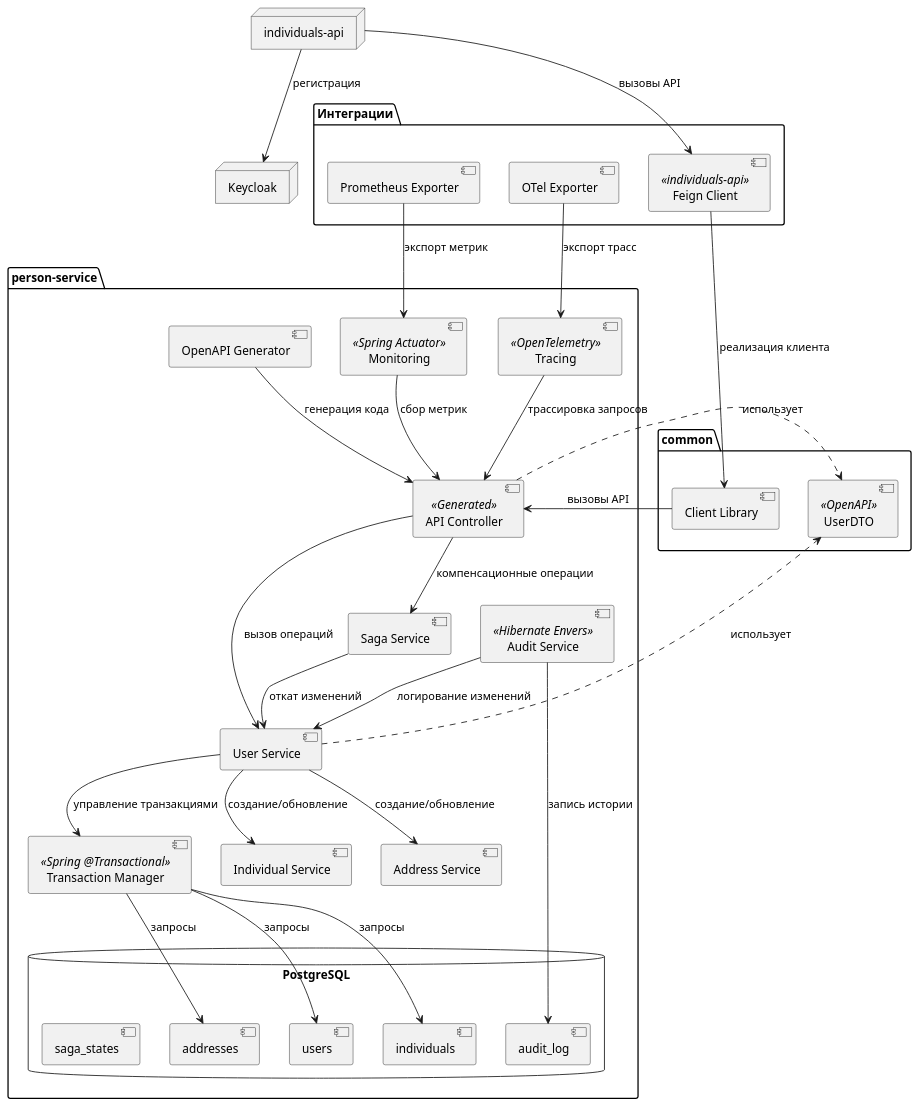
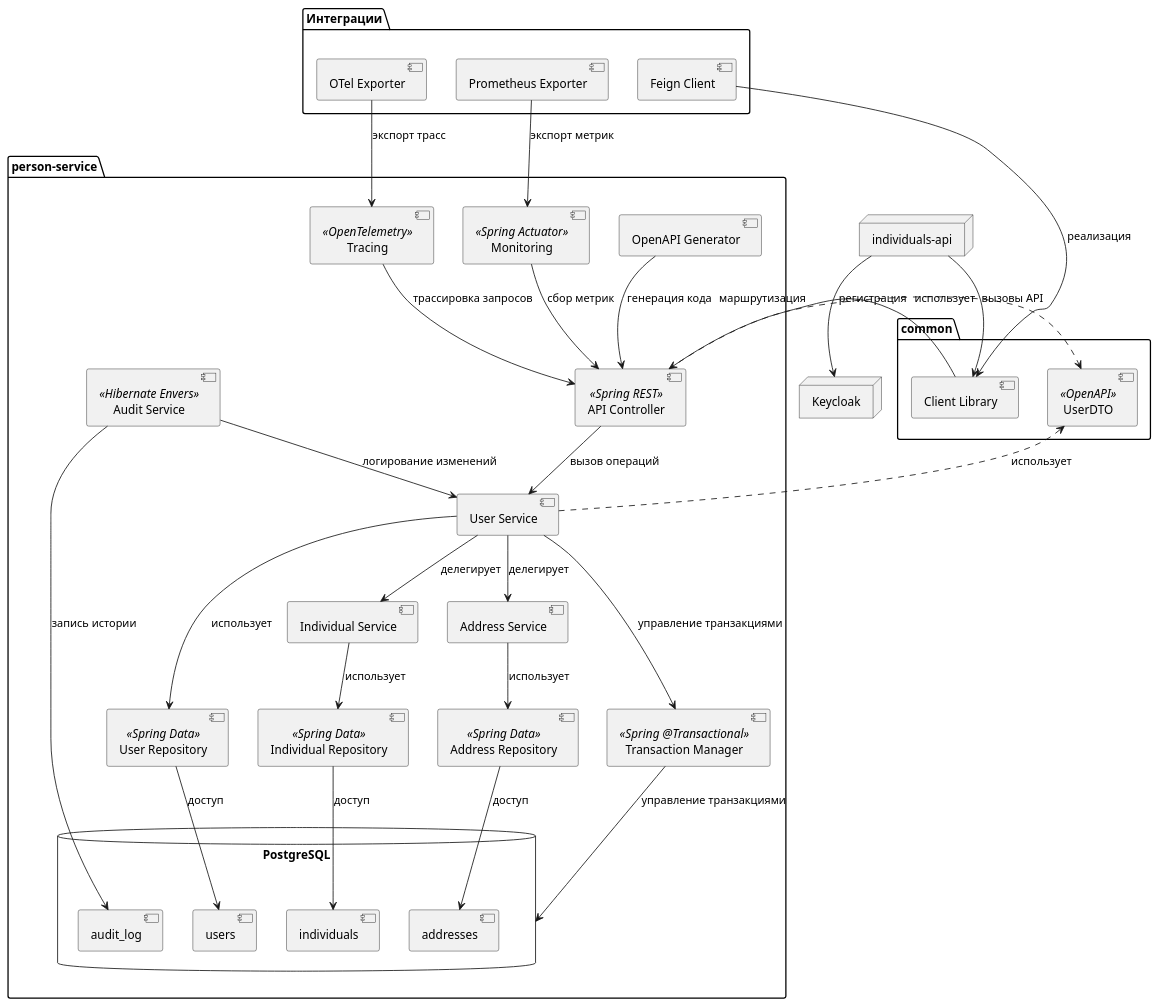
Before and after one commit to ArtemGuschin/paymentsystem: the diagram in seq3.puml, drawn with PlantUML. The commit also changed 2 other files, not shown here.

Commit message:
add diagrams

```diff
--- a/seq3.puml
+++ b/seq3.puml
@@ -1,66 +1,77 @@
 @startuml
 package "person-service" {
-  [API Controller] as Controller <<Generated>>
+  [API Controller] as Controller <<Spring REST>>
   [User Service] as UserService
   [Individual Service] as IndividualService
   [Address Service] as AddressService
-  [Saga Service] as SagaService
   [Audit Service] as AuditService <<Hibernate Envers>>
+
+  [User Repository] as UserRepo <<Spring Data>>
+  [Individual Repository] as IndividualRepo <<Spring Data>>
+  [Address Repository] as AddressRepo <<Spring Data>>
+
   [Transaction Manager] as TxManager <<Spring @Transactional>>
-
   [OpenAPI Generator] as OpenAPI
   [Monitoring] as Monitoring <<Spring Actuator>>
   [Tracing] as Tracing <<OpenTelemetry>>
 
   database "PostgreSQL" as DB {
     [users] as Users
     [individuals] as Individuals
     [addresses] as Addresses
     [audit_log] as AuditLog
-    [saga_states] as SagaStates
   }
 }
 
+' Основные связи
 Controller --> UserService : вызов операций
-UserService --> IndividualService : создание/обновление
-UserService --> AddressService : создание/обновление
+UserService --> IndividualService : делегирует
+UserService --> AddressService : делегирует
 UserService --> TxManager : управление транзакциями
-TxManager --> Users : запросы
-TxManager --> Individuals : запросы
-TxManager --> Addresses : запросы
 
-Controller --> SagaService : компенсационные операции
-SagaService --> UserService : откат изменений
+' Репозитории
+UserService --> UserRepo : использует
+IndividualService --> IndividualRepo : использует
+AddressService --> AddressRepo : использует
+UserRepo --> Users : доступ
+IndividualRepo --> Individuals : доступ
+AddressRepo --> Addresses : доступ
+
+' Аудит и транзакции
 AuditService --> UserService : логирование изменений
 AuditService --> AuditLog : запись истории
+TxManager --> DB : управление транзакциями
 
+' Вспомогательные компоненты
 OpenAPI --> Controller : генерация кода
 Monitoring --> Controller : сбор метрик
 Tracing --> Controller : трассировка запросов
 
 package "common" {
   [UserDTO] as DTO <<OpenAPI>>
   [Client Library] as Client
 }
 
+' Использование DTO
 Controller .right.> DTO : использует
 UserService .right.> DTO : использует
-Client --> Controller : вызовы API
+
+' Интеграции
+node "individuals-api" as IA
+IA --> Client : вызовы API
+Client --> Controller : маршрутизация
 
 package "Интеграции" {
-  [Feign Client] as Feign <<individuals-api>>
+  [Feign Client] as Feign
   [Prometheus Exporter] as PromExport
   [OTel Exporter] as OTelExport
 }
 
+Feign --> Client : реализация
 PromExport --> Monitoring : экспорт метрик
 OTelExport --> Tracing : экспорт трасс
-Feign --> Client : реализация клиента
-
-node "individuals-api" as IA
-IA --> Feign : вызовы API
 
 node "Keycloak" as KC
 IA --> KC : регистрация
 
 @enduml
```
